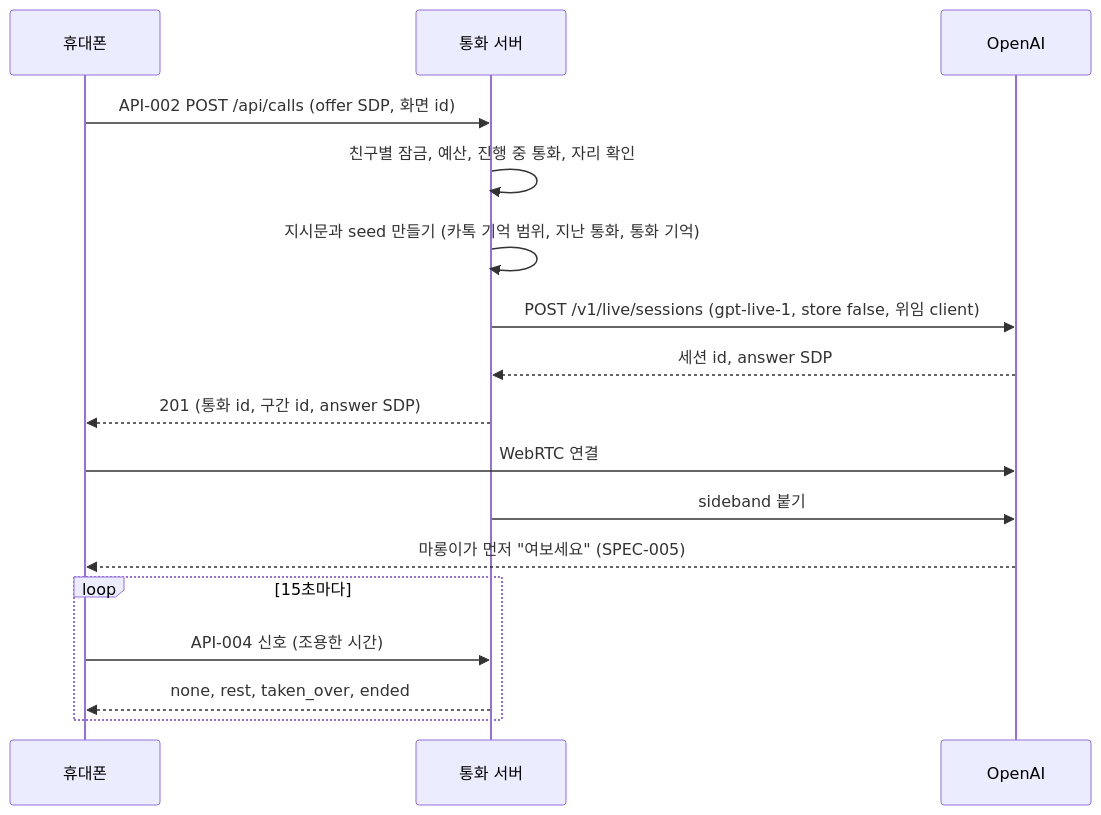
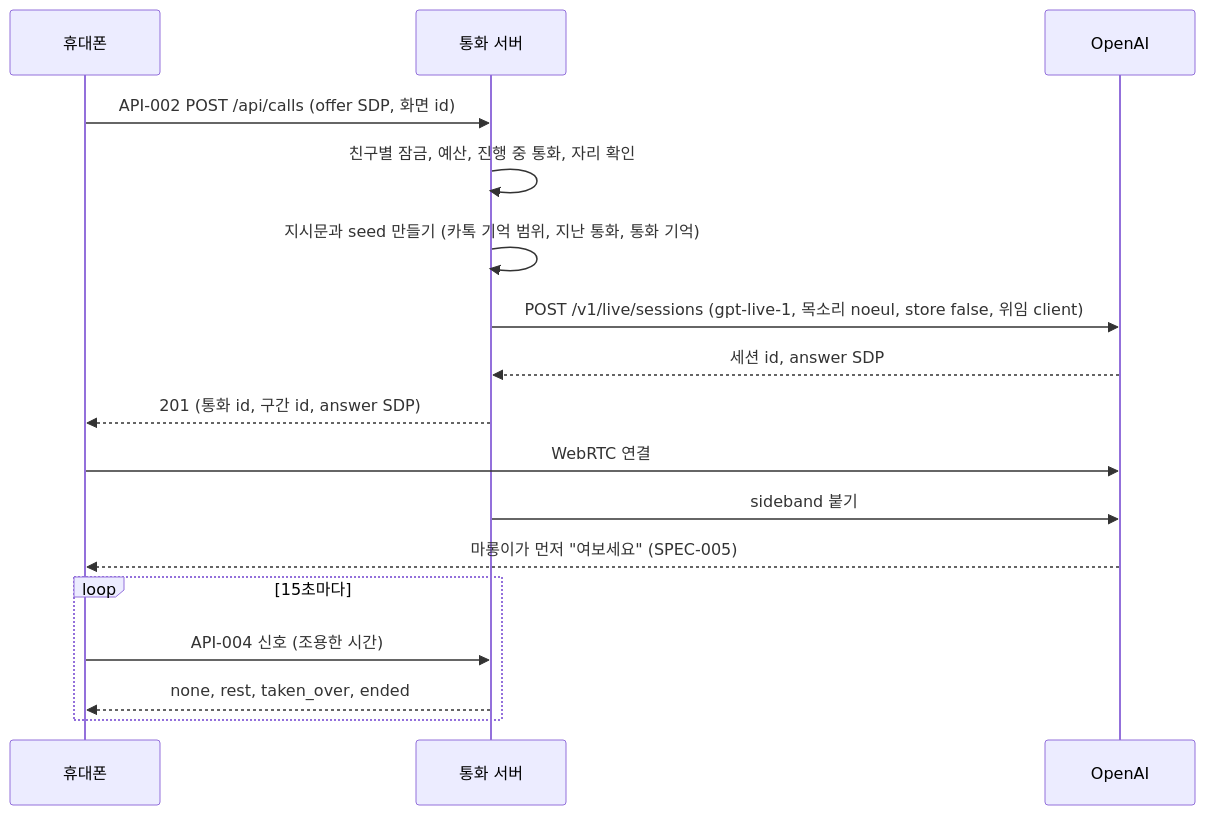
The second of 3 diagrams in docs/call-design.md (kodonghui/marong2), drawn with Mermaid before and after one commit. The commit also changed other lines of this file and 8 other files, not shown here.

````diff
--- a/docs/call-design.md
+++ b/docs/call-design.md
@@ -42,19 +43,19 @@
 ```mermaid
 sequenceDiagram
   participant P as 휴대폰
   participant S as 통화 서버
   participant O as OpenAI
   P->>S: API-002 POST /api/calls (offer SDP, 화면 id)
   S->>S: 친구별 잠금, 예산, 진행 중 통화, 자리 확인
   S->>S: 지시문과 seed 만들기 (카톡 기억 범위, 지난 통화, 통화 기억)
-  S->>O: POST /v1/live/sessions (gpt-live-1, store false, 위임 client)
+  S->>O: POST /v1/live/sessions (gpt-live-1, 목소리 noeul, store false, 위임 client)
   O-->>S: 세션 id, answer SDP
   S-->>P: 201 (통화 id, 구간 id, answer SDP)
   P->>O: WebRTC 연결
   S->>O: sideband 붙기
   O-->>P: 마롱이가 먼저 "여보세요" (SPEC-005)
   loop 15초마다
     P->>S: API-004 신호 (조용한 시간)
     S-->>P: none, rest, taken_over, ended
   end
 ```
````
